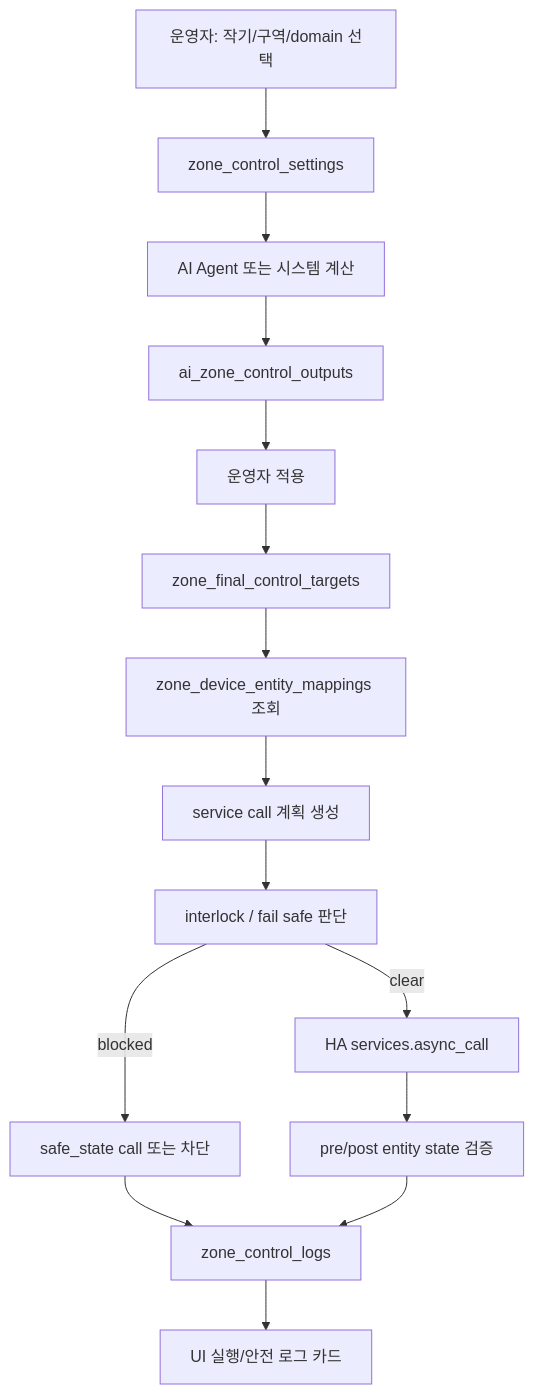
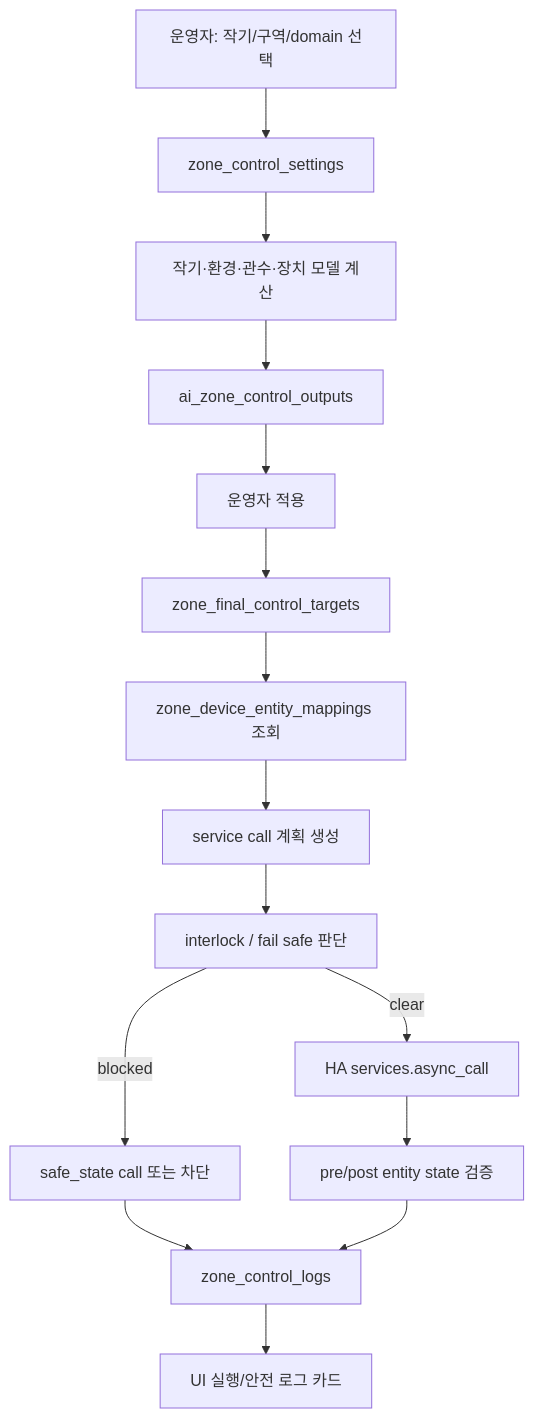
Before and after one commit to whoareyou-l/green_smart: the first of 2 diagrams in docs/design/zone-control-roadmap-and-data-model.md, drawn with Mermaid. The commit also changed other lines of this file and 6 other files, not shown here.

````diff
--- a/docs/design/zone-control-roadmap-and-data-model.md
+++ b/docs/design/zone-control-roadmap-and-data-model.md
@@ -88,17 +125,17 @@
 ```mermaid
 flowchart TD
     A[운영자: 작기/구역/domain 선택] --> B[zone_control_settings]
-    B --> C[AI Agent 또는 시스템 계산]
+    B --> C[작기·환경·관수·장치 모델 계산]
     C --> D[ai_zone_control_outputs]
     D --> E[운영자 적용]
     E --> F[zone_final_control_targets]
     F --> G[zone_device_entity_mappings 조회]
     G --> H[service call 계획 생성]
     H --> I[interlock / fail safe 판단]
     I -->|blocked| J[safe_state call 또는 차단]
     I -->|clear| K[HA services.async_call]
     J --> L[zone_control_logs]
     K --> M[pre/post entity state 검증]
     M --> L
     L --> N[UI 실행/안전 로그 카드]
 ```
````
